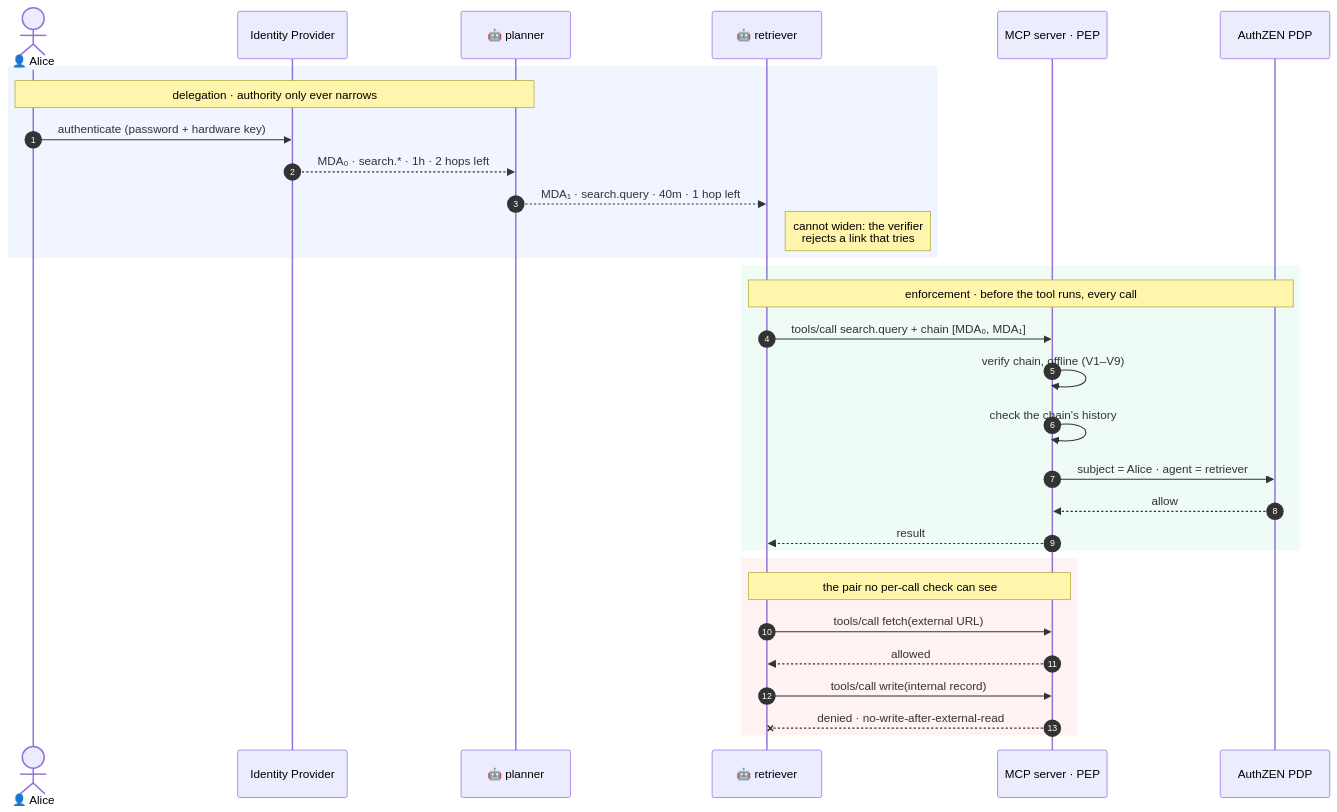
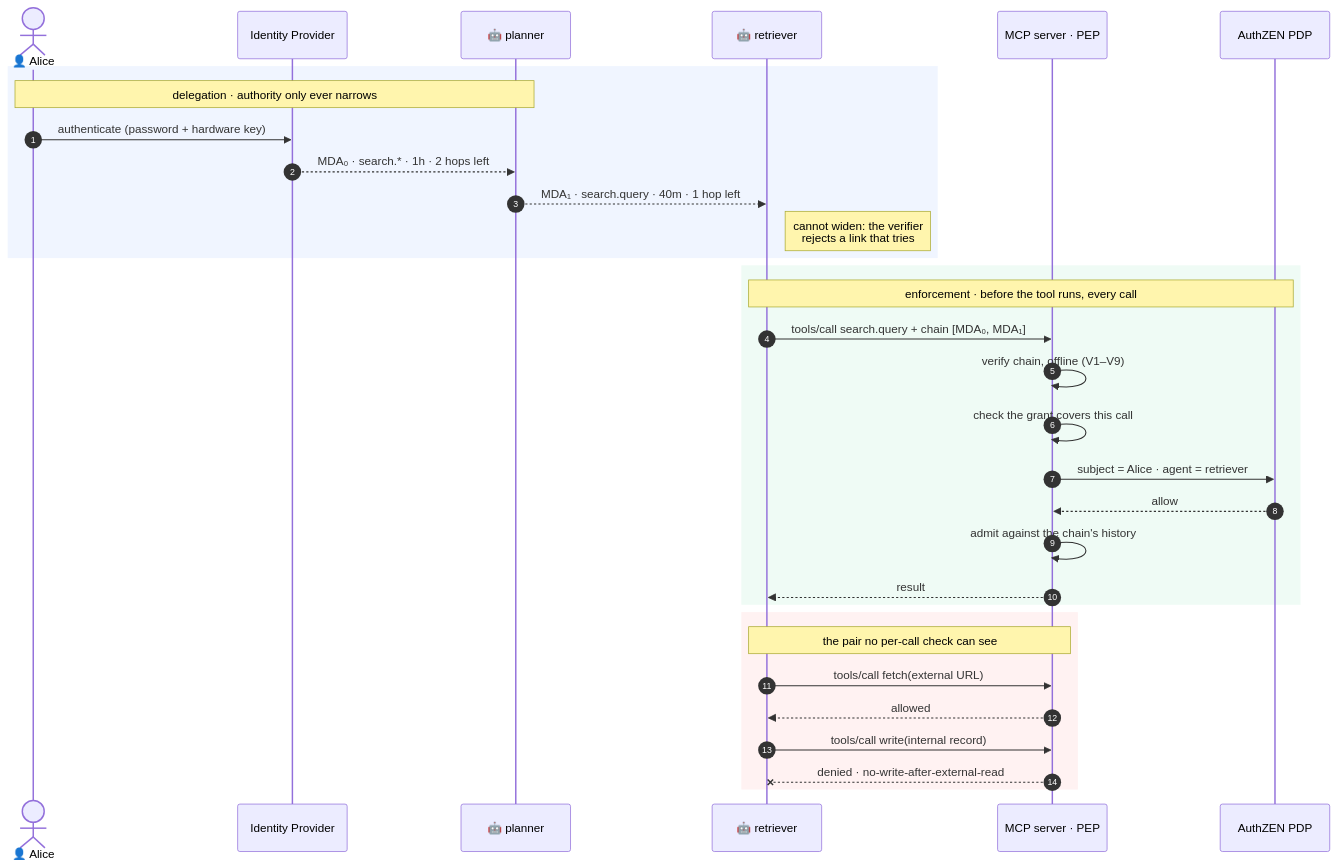
Before and after one commit to kanywst/mandatum: the diagram in README.md, drawn with Mermaid. The commit also changed other lines of this file and 12 other files, not shown here.

````diff
--- a/README.md
+++ b/README.md
@@ -31,36 +31,37 @@
 ```mermaid
 sequenceDiagram
     autonumber
     actor Human as 👤 Alice
     participant IdP as Identity Provider
     participant A as 🤖 planner
     participant B as 🤖 retriever
     participant PEP as MCP server · PEP
     participant PDP as AuthZEN PDP
 
     rect rgba(130,170,255,0.12)
     Note over Human,A: delegation · authority only ever narrows
     Human->>IdP: authenticate (password + hardware key)
     IdP-->>A: MDA₀ · search.* · 1h · 2 hops left
     A-->>B: MDA₁ · search.query · 40m · 1 hop left
     Note right of B: cannot widen: the verifier<br/>rejects a link that tries
     end
 
     rect rgba(120,220,170,0.12)
     Note over B,PDP: enforcement · before the tool runs, every call
     B->>PEP: tools/call search.query + chain [MDA₀, MDA₁]
     PEP->>PEP: verify chain, offline (V1–V9)
-    PEP->>PEP: check the chain's history
+    PEP->>PEP: check the grant covers this call
     PEP->>PDP: subject = Alice · agent = retriever
     PDP-->>PEP: allow
+    PEP->>PEP: admit against the chain's history
     PEP-->>B: result
     end
 
     rect rgba(255,150,150,0.12)
     Note over B,PEP: the pair no per-call check can see
     B->>PEP: tools/call fetch(external URL)
     PEP-->>B: allowed
     B->>PEP: tools/call write(internal record)
     PEP--xB: denied · no-write-after-external-read
     end
 ```
````
